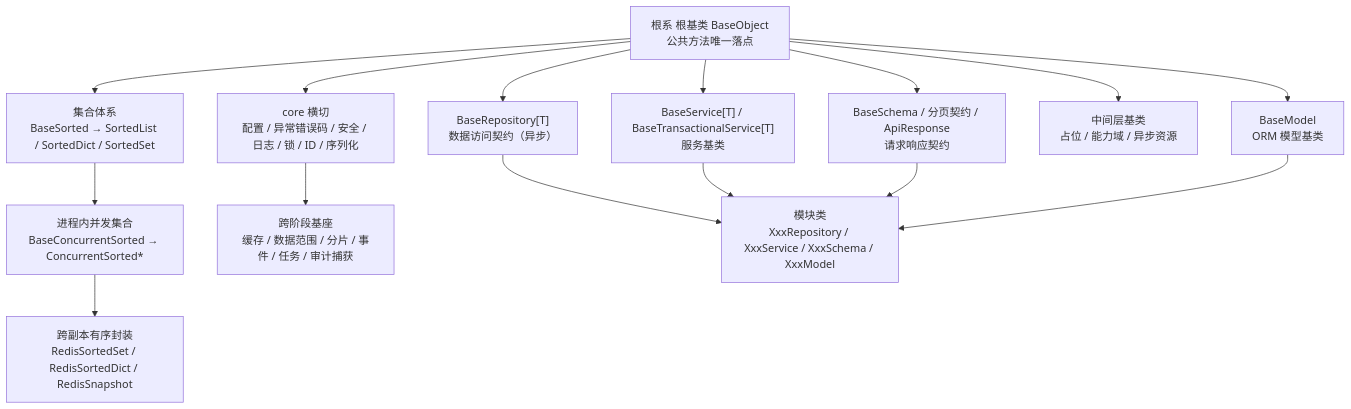
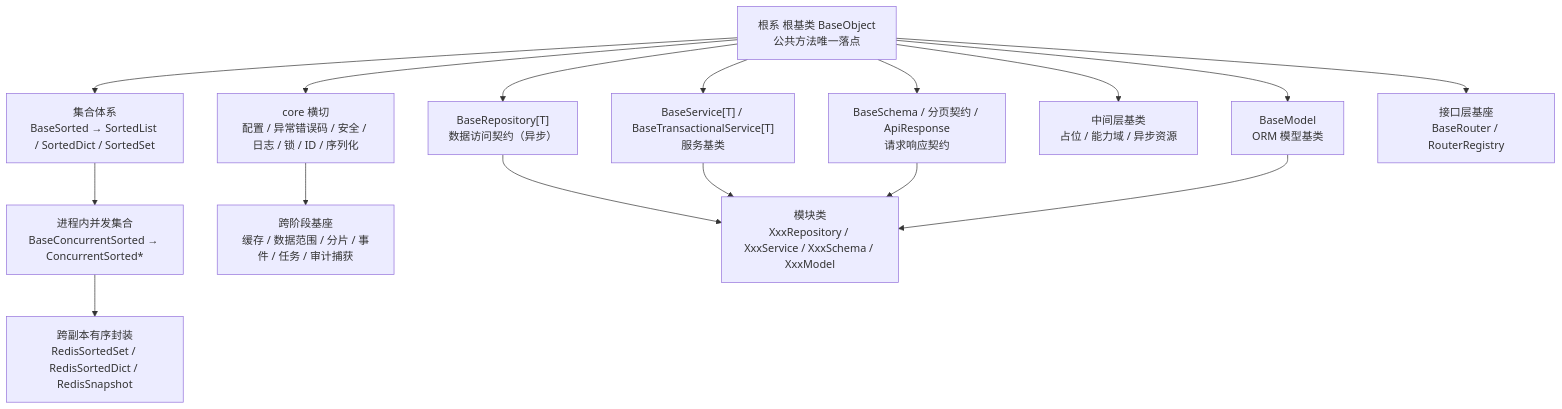
The first of 2 diagrams in bms文档/后端基类清单.md (minjian123/basic-management-system), drawn with Mermaid before and after one commit. The commit also changed other lines of this file and 10 other files, not shown here.

````diff
--- a/bms文档/后端基类清单.md
+++ b/bms文档/后端基类清单.md
@@ -16,23 +16,25 @@
 ```mermaid
 flowchart TD
     根系["根系 根基类 BaseObject<br/>公共方法唯一落点"]
     COL["集合体系<br/>BaseSorted → SortedList / SortedDict / SortedSet"]
     CONC["进程内并发集合<br/>BaseConcurrentSorted → ConcurrentSorted*"]
     REDIS["跨副本有序封装<br/>RedisSortedSet / RedisSortedDict / RedisSnapshot"]
     REPO["BaseRepository[T]<br/>数据访问契约（异步）"]
     SVC["BaseService[T] / BaseTransactionalService[T]<br/>服务基类"]
     SCH["BaseSchema / 分页契约 / ApiResponse<br/>请求响应契约"]
     ORM["BaseModel<br/>ORM 模型基类"]
     MID["中间层基类<br/>占位 / 能力域 / 异步资源"]
     CORE["core 横切<br/>配置 / 异常错误码 / 安全 / 日志 / 锁 / ID / 序列化"]
     CROSS["跨阶段基座<br/>缓存 / 数据范围 / 分片 / 事件 / 任务 / 审计捕获"]
+    API["接口层基座<br/>BaseRouter / RouterRegistry"]
     MOD["模块类<br/>XxxRepository / XxxService / XxxSchema / XxxModel"]
     根系 --> COL --> CONC --> REDIS
     根系 --> MID
     根系 --> REPO --> MOD
     根系 --> SVC --> MOD
     根系 --> SCH --> MOD
     根系 --> ORM --> MOD
     根系 --> CORE
     CORE --> CROSS
+    根系 --> API
 ```
````
